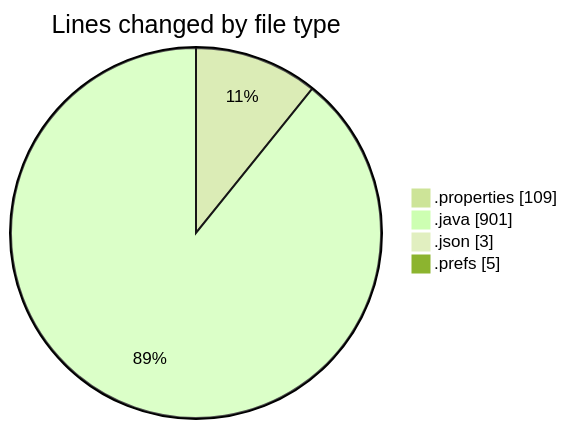
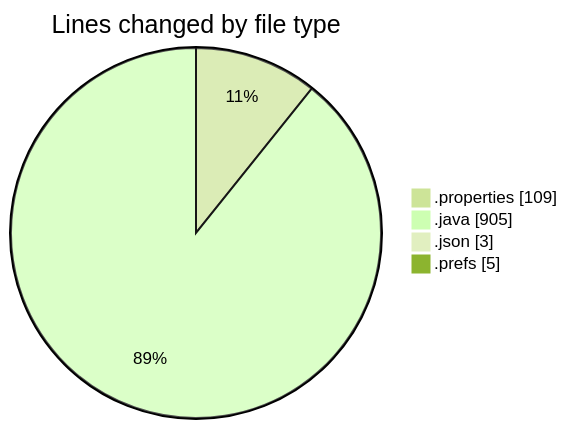
One commit to ricardozamudiocil/code-tracking changed the first of 2 diagrams in 2026-06-09/cilreports__workspace_/README.md. Above: the diagram before and after it, drawn with Mermaid (forest theme). The commit also changed other lines of this file and 1 other file, not shown here.

````diff
--- a/2026-06-09/cilreports__workspace_/README.md
+++ b/2026-06-09/cilreports__workspace_/README.md
@@ -27,8 +27,8 @@
 ```mermaid
 pie showData
 title Lines changed by file type
 ".properties" : 109
-".java" : 901
+".java" : 905
 ".json" : 3
 ".prefs" : 5
 ```
````
